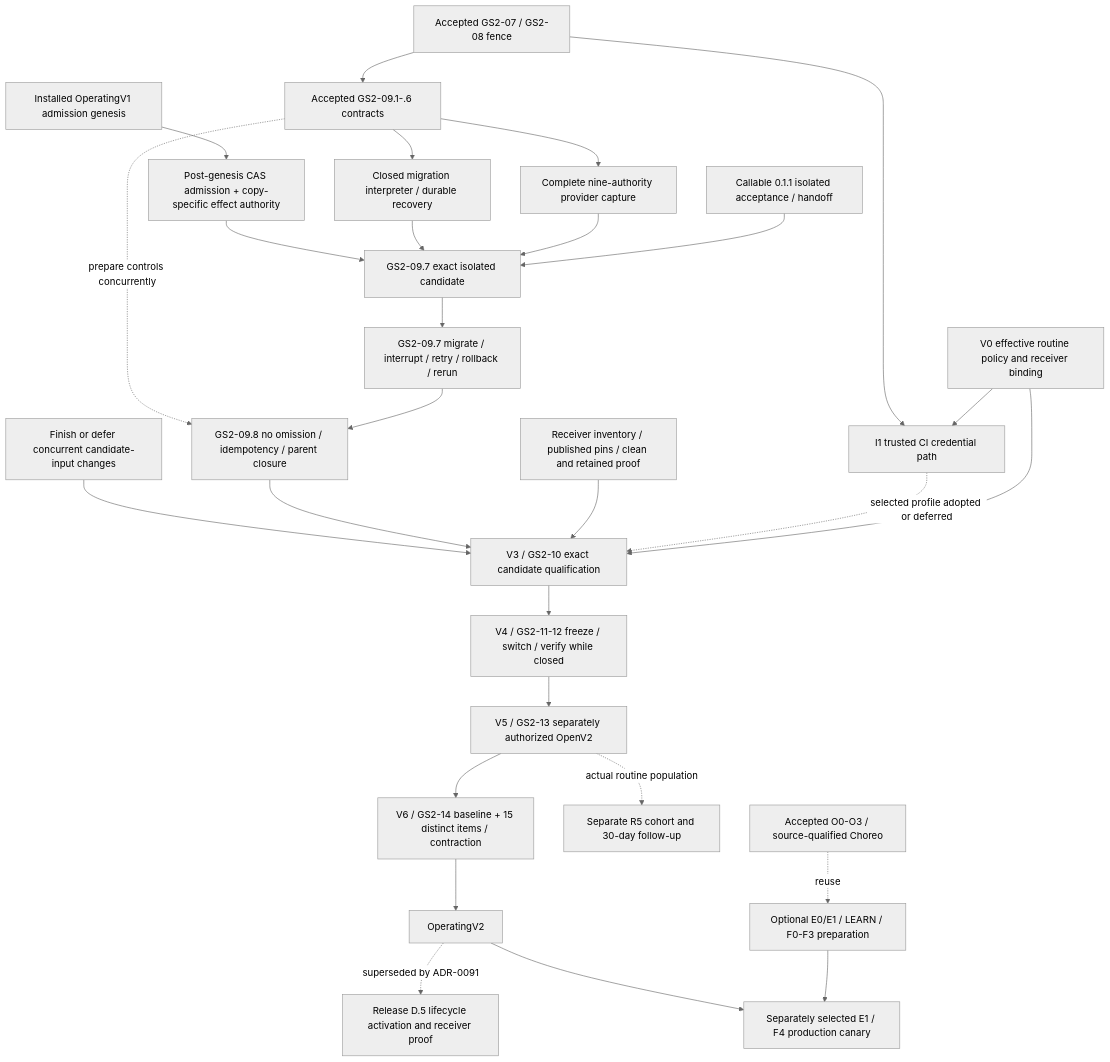
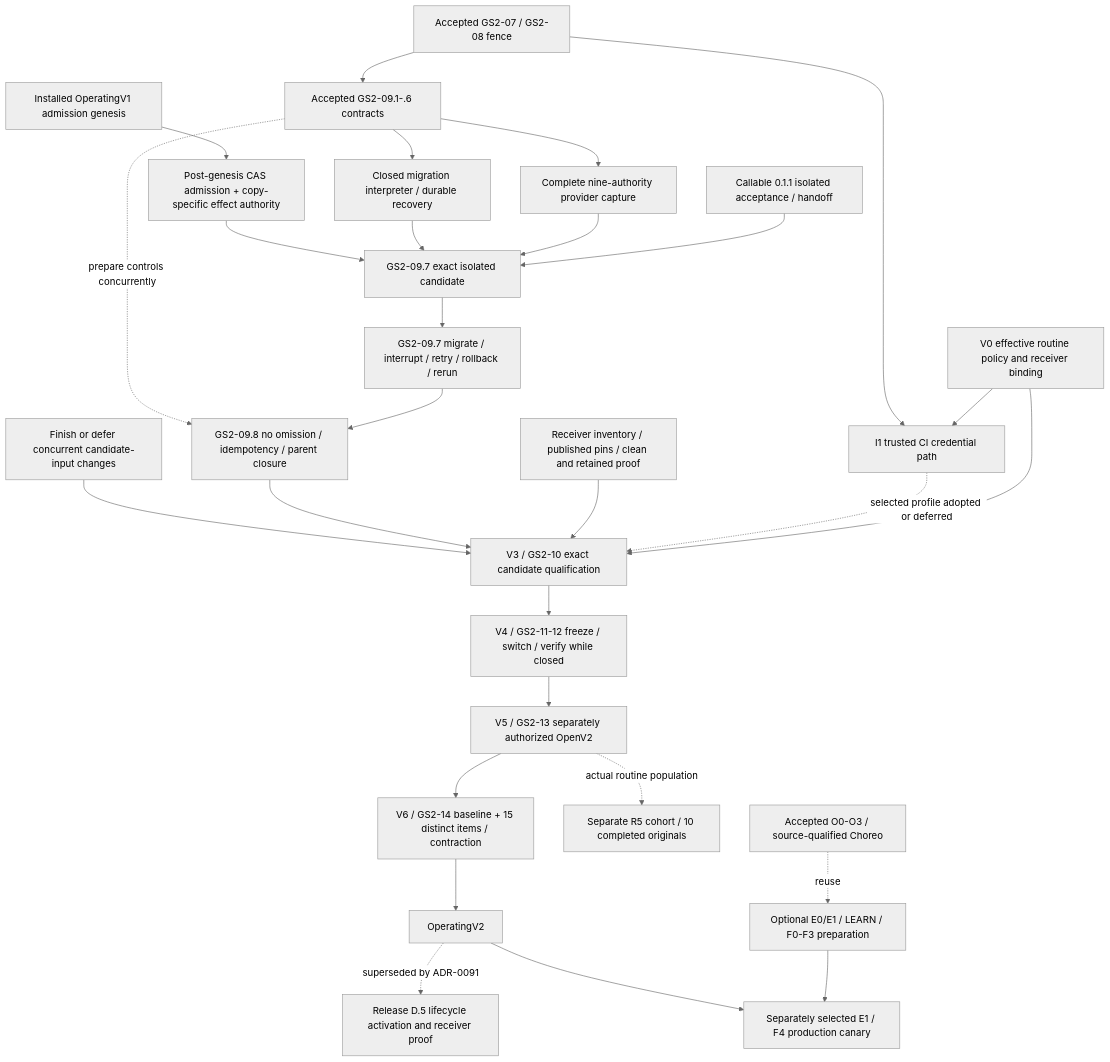
The second of 2 diagrams in docs/2026-09-07-154210-fs-gg-unified-development-roadmap.md (FS-GG/.github), drawn with Mermaid (neutral theme) before and after one commit. The commit also changed other lines of this file and 7 other files, not shown here.

First line of the commit message:
Replace R5 elapsed window with ten completed roadmap items and adopt FOURD V2 (#3962)

````diff
--- a/docs/2026-09-07-154210-fs-gg-unified-development-roadmap.md
+++ b/docs/2026-09-07-154210-fs-gg-unified-development-roadmap.md
@@ -1221,30 +1246,30 @@
 ```mermaid
 flowchart TD
     V1["Accepted GS2-07 / GS2-08 fence"] --> Contracts["Accepted GS2-09.1-.6 contracts"]
     Call["Callable 0.1.1 isolated acceptance / handoff"] --> Join["GS2-09.7 exact isolated candidate"]
     Contracts --> Read["Complete nine-authority provider capture"]
     Contracts --> Execute["Closed migration interpreter / durable recovery"]
     Read --> Join
     Execute --> Join
     Genesis["Installed OperatingV1 admission genesis"] --> Authority["Post-genesis CAS admission + copy-specific effect authority"]
     Authority --> Join
     Join --> Rehearse["GS2-09.7 migrate / interrupt / retry / rollback / rerun"]
     Rehearse --> Omit["GS2-09.8 no omission / idempotency / parent closure"]
     Contracts -. prepare controls concurrently .-> Omit
     Policy["V0 effective routine policy and receiver binding"] --> Freeze["V3 / GS2-10 exact candidate qualification"]
     Policy --> I1["I1 trusted CI credential path"]
     V1 --> I1
     I1 -. selected profile adopted or deferred .-> Freeze
     Receivers["Receiver inventory / published pins / clean and retained proof"] --> Freeze
     Omit --> Freeze
     Changes["Finish or defer concurrent candidate-input changes"] --> Freeze
     Freeze --> Closed["V4 / GS2-11-12 freeze / switch / verify while closed"]
     Closed --> Open["V5 / GS2-13 separately authorized OpenV2"]
     Open --> Observe["V6 / GS2-14 baseline + 15 distinct items / contraction"]
     Observe --> Operating["OperatingV2"]
-    Open -. actual routine population .-> R5["Separate R5 cohort and 30-day follow-up"]
+    Open -. actual routine population .-> R5["Separate R5 cohort / 10 completed originals"]
     Operating -. superseded by ADR-0091 .-> Lifecycle["Release D.5 lifecycle activation and receiver proof"]
     Foundations["Accepted O0-O3 / source-qualified Choreo"] -. reuse .-> Extensions["Optional E0/E1 / LEARN / F0-F3 preparation"]
     Extensions --> Canary["Separately selected E1 / F4 production canary"]
     Operating --> Canary
 ```
````
